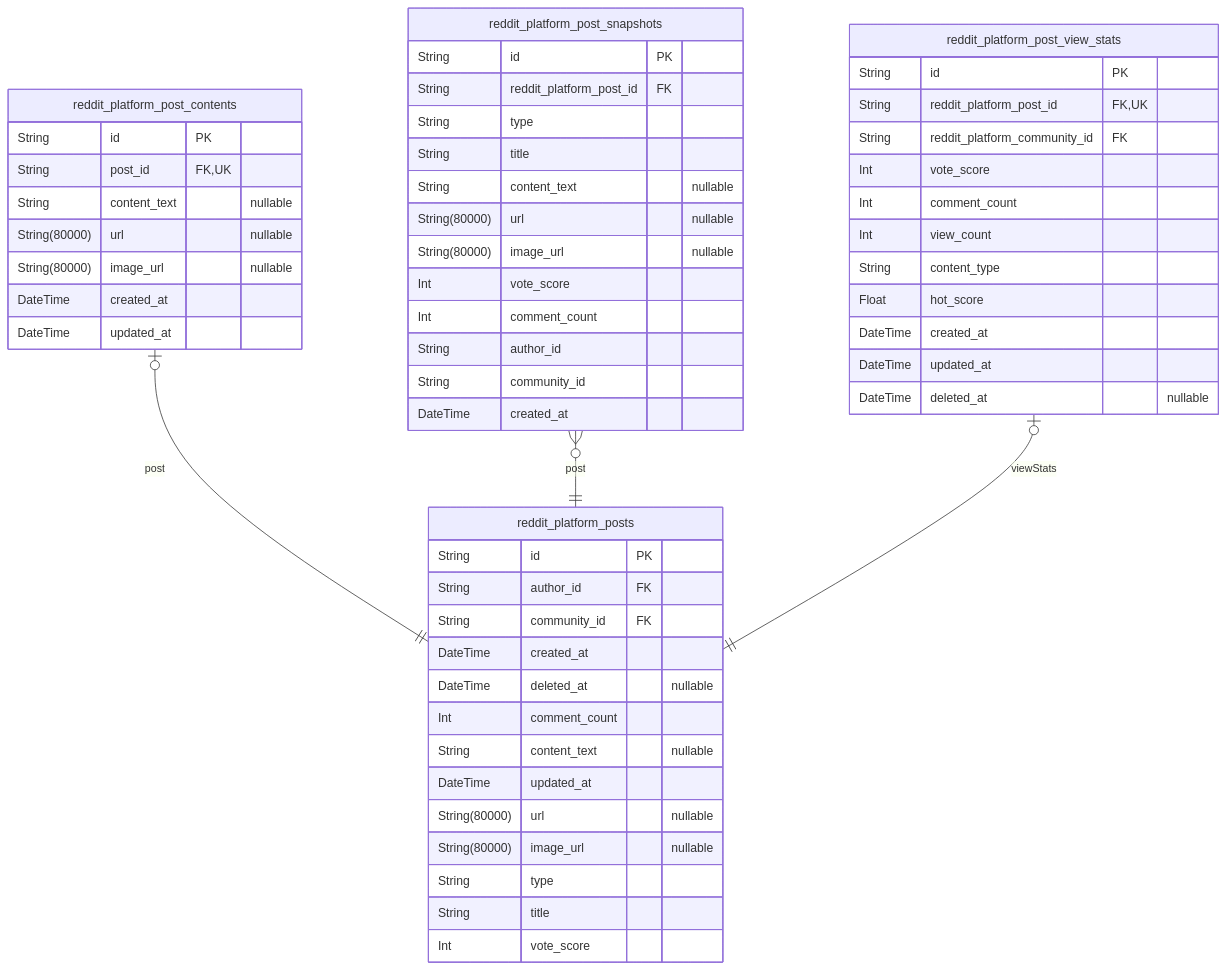
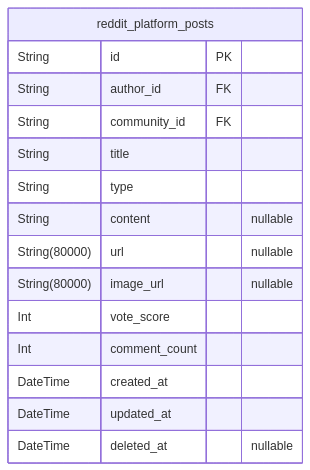
The fourth of 9 diagrams in qwen/qwen3-coder-next/reddit/docs/ERD.md (wrtnlabs/autobe-examples), drawn with Mermaid before and after one commit. The commit also changed other lines of this file and 3171 other files, not shown here.

````diff
--- a/qwen/qwen3-coder-next/reddit/docs/ERD.md
+++ b/qwen/qwen3-coder-next/reddit/docs/ERD.md
@@ -513,57 +510,18 @@
 ```mermaid
 erDiagram
 "reddit_platform_posts" {
   String id PK
   String author_id FK
   String community_id FK
-  DateTime created_at
-  DateTime deleted_at "nullable"
-  Int comment_count
-  String content_text "nullable"
-  DateTime updated_at
-  String(80000) url "nullable"
-  String(80000) image_url "nullable"
+  String title
   String type
-  String title
-  Int vote_score
-}
-"reddit_platform_post_contents" {
-  String id PK
-  String post_id FK,UK
-  String content_text "nullable"
-  String(80000) url "nullable"
-  String(80000) image_url "nullable"
-  DateTime created_at
-  DateTime updated_at
-}
-"reddit_platform_post_snapshots" {
-  String id PK
-  String reddit_platform_post_id FK
-  String type
-  String title
-  String content_text "nullable"
+  String content "nullable"
   String(80000) url "nullable"
   String(80000) image_url "nullable"
   Int vote_score
   Int comment_count
-  String author_id
-  String community_id
-  DateTime created_at
-}
-"reddit_platform_post_view_stats" {
-  String id PK
-  String reddit_platform_post_id FK,UK
-  String reddit_platform_community_id FK
-  Int vote_score
-  Int comment_count
-  Int view_count
-  String content_type
-  Float hot_score
   DateTime created_at
   DateTime updated_at
   DateTime deleted_at "nullable"
 }
-"reddit_platform_post_contents" |o--|| "reddit_platform_posts" : post
-"reddit_platform_post_snapshots" }o--|| "reddit_platform_posts" : post
-"reddit_platform_post_view_stats" |o--|| "reddit_platform_posts" : viewStats
 ```
````
